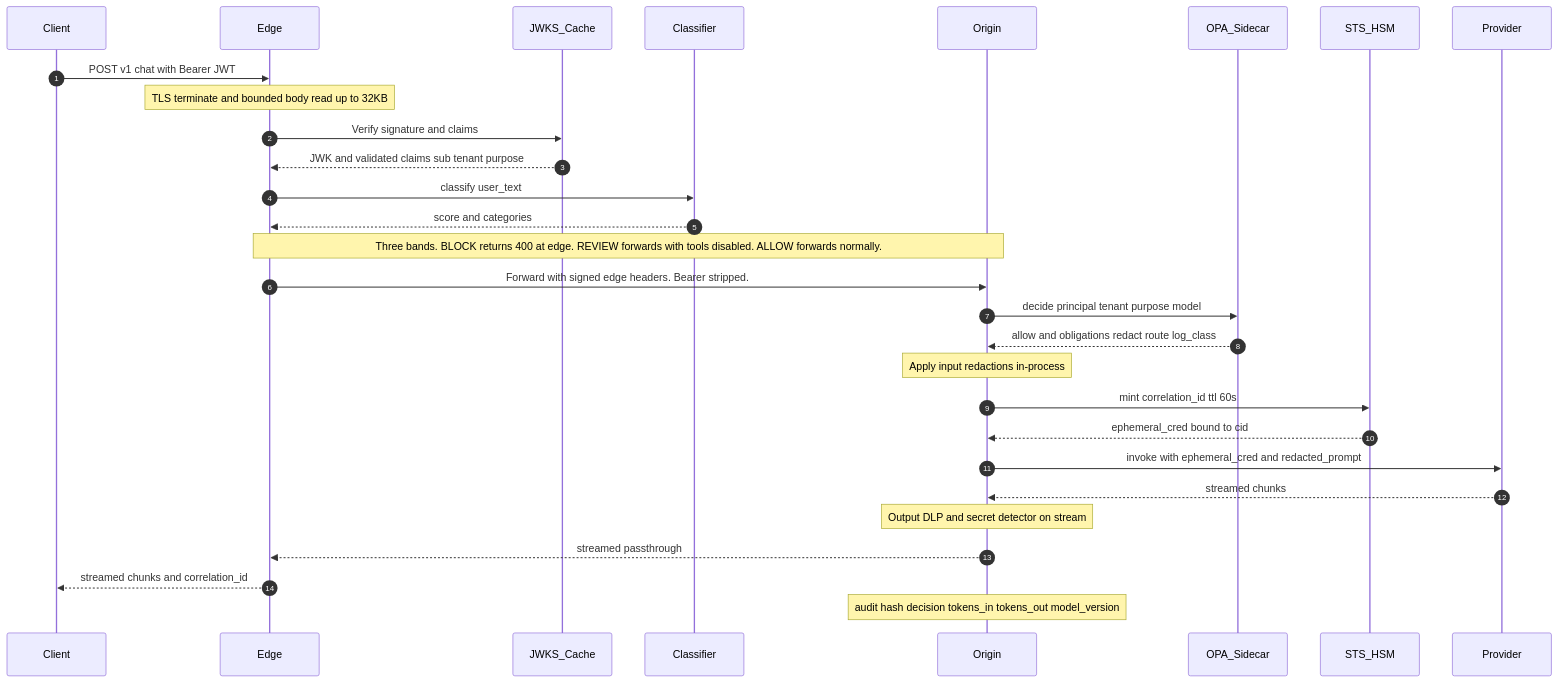
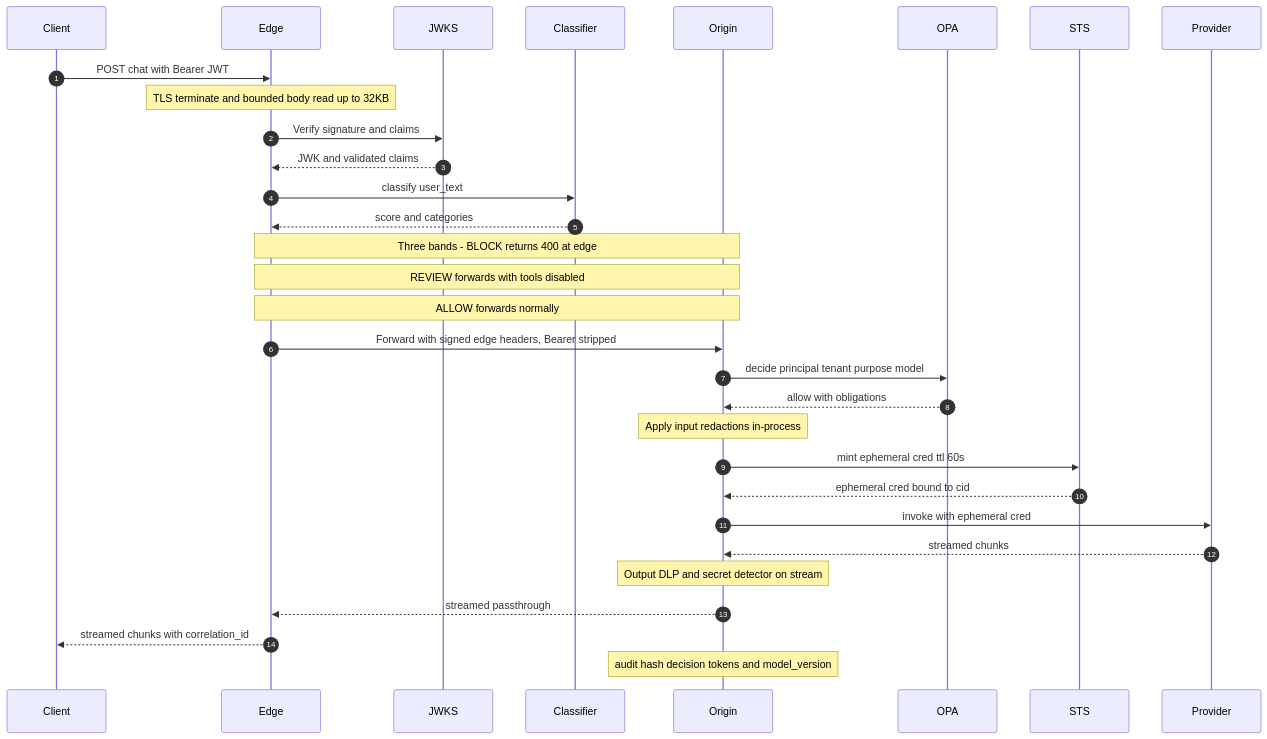
Before and after one commit to abhisheksinghcs/portfolio: the second of 2 diagrams in content/control-plane.md, drawn with Mermaid. The commit also changed other lines of this file and 8 other files, not shown here.

First line of the commit message:
Switch mermaid rendering to hosted mermaid.ink

````diff
--- a/content/control-plane.md
+++ b/content/control-plane.md
@@ -142,33 +147,35 @@
 ```mermaid
 sequenceDiagram
     autonumber
     participant C as Client
     participant E as Edge
-    participant J as JWKS_Cache
+    participant J as JWKS
     participant PI as Classifier
     participant O as Origin
-    participant PDP as OPA_Sidecar
-    participant STS as STS_HSM
+    participant PDP as OPA
+    participant STS as STS
     participant M as Provider
 
-    C->>E: POST v1 chat with Bearer JWT
+    C->>E: POST chat with Bearer JWT
     Note over E: TLS terminate and bounded body read up to 32KB
     E->>J: Verify signature and claims
-    J-->>E: JWK and validated claims sub tenant purpose
+    J-->>E: JWK and validated claims
     E->>PI: classify user_text
     PI-->>E: score and categories
 
-    Note over E,O: Three bands. BLOCK returns 400 at edge. REVIEW forwards with tools disabled. ALLOW forwards normally.
-    E->>O: Forward with signed edge headers. Bearer stripped.
+    Note over E,O: Three bands - BLOCK returns 400 at edge
+    Note over E,O: REVIEW forwards with tools disabled
+    Note over E,O: ALLOW forwards normally
+    E->>O: Forward with signed edge headers, Bearer stripped
     O->>PDP: decide principal tenant purpose model
-    PDP-->>O: allow and obligations redact route log_class
+    PDP-->>O: allow with obligations
     Note over O: Apply input redactions in-process
-    O->>STS: mint correlation_id ttl 60s
-    STS-->>O: ephemeral_cred bound to cid
-    O->>M: invoke with ephemeral_cred and redacted_prompt
+    O->>STS: mint ephemeral cred ttl 60s
+    STS-->>O: ephemeral cred bound to cid
+    O->>M: invoke with ephemeral cred
     M-->>O: streamed chunks
     Note over O: Output DLP and secret detector on stream
     O-->>E: streamed passthrough
-    E-->>C: streamed chunks and correlation_id
-    Note over O: audit hash decision tokens_in tokens_out model_version
+    E-->>C: streamed chunks with correlation_id
+    Note over O: audit hash decision tokens and model_version
 ```
````
